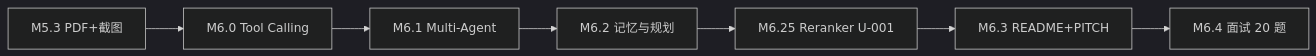
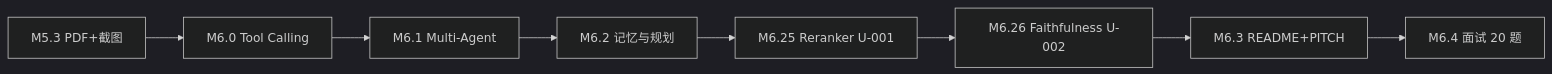
Before and after one commit to bigcabbag/ShipLog: the first of 3 diagrams in docs/steps/M6-steps.md, drawn with Mermaid (dark theme). The commit also changed other lines of this file and 4 other files, not shown here.

````diff
--- a/docs/steps/M6-steps.md
+++ b/docs/steps/M6-steps.md
@@ -13,9 +13,10 @@
 ```mermaid
 flowchart LR
   M53[M5.3 PDF+截图] --> M60[M6.0 Tool Calling]
   M60 --> M61[M6.1 Multi-Agent]
   M61 --> M62[M6.2 记忆与规划]
   M62 --> M625[M6.25 Reranker U-001]
-  M625 --> M63[M6.3 README+PITCH]
+  M625 --> M626[M6.26 Faithfulness U-002]
+  M626 --> M63[M6.3 README+PITCH]
   M63 --> M64[M6.4 面试 20 题]
 ```
````
